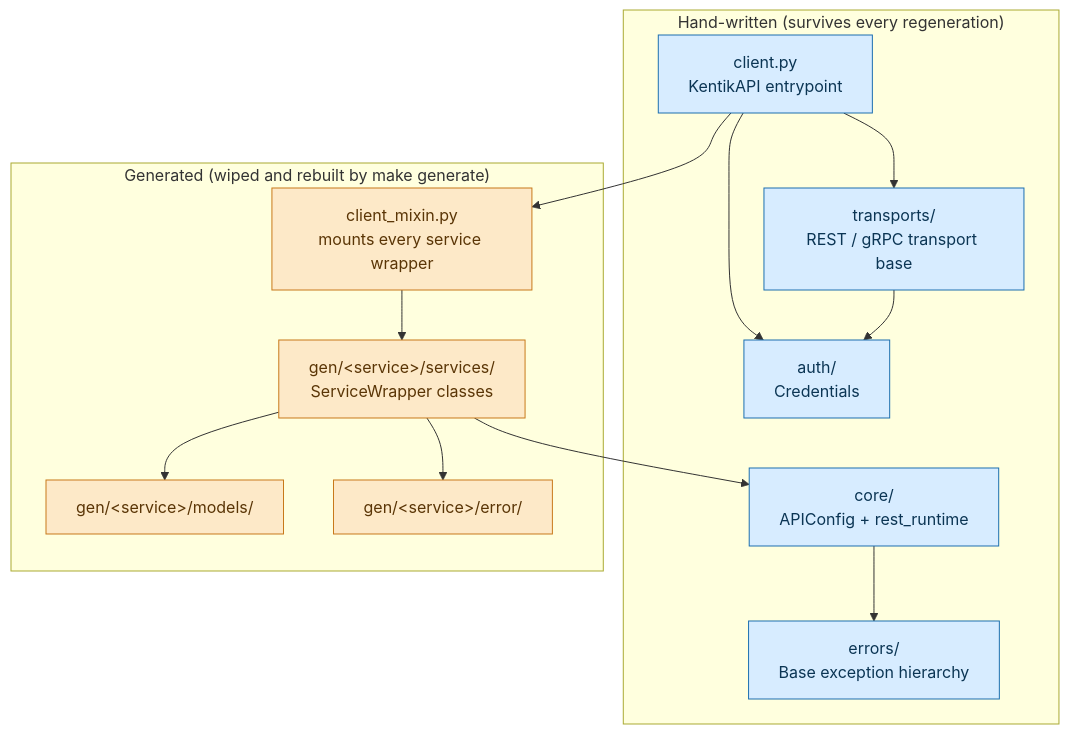
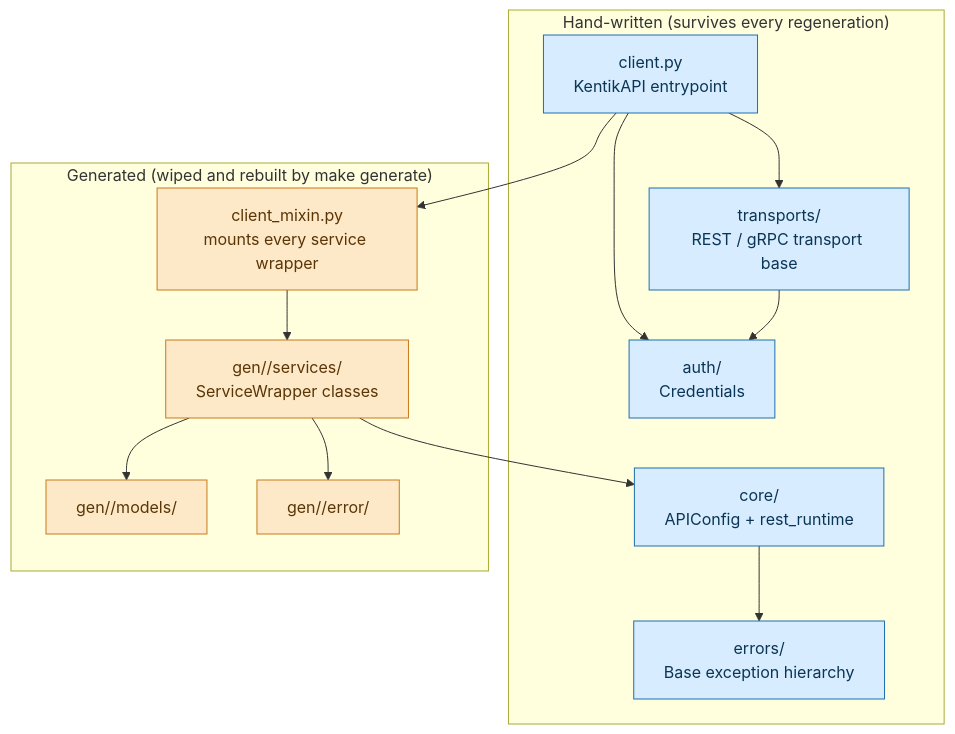
The diagram in README.md (alexdearaujo/community_sdk_python), drawn with Mermaid before and after one commit. The commit also changed other lines of this file and 1 other file, not shown here.

````diff
--- a/README.md
+++ b/README.md
@@ -21,33 +17,32 @@
 ```mermaid
 flowchart TB
     subgraph HW["Hand-written (survives every regeneration)"]
         Client["client.py<br/>KentikAPI entrypoint"]
         Auth["auth/<br/>Credentials"]
         Core["core/<br/>APIConfig + rest_runtime"]
         Errors["errors/<br/>Base exception hierarchy"]
         Transports["transports/<br/>REST / gRPC transport base"]
     end
 
     subgraph GEN["Generated (wiped and rebuilt by make generate)"]
         Mixin["client_mixin.py<br/>mounts every service wrapper"]
-        Wrappers["gen/&lt;service&gt;/services/<br/>ServiceWrapper classes"]
-        Models["gen/&lt;service&gt;/models/"]
-        GenErrors["gen/&lt;service&gt;/error/"]
+        Wrappers["gen/<service>/services/<br/>ServiceWrapper classes"]
+        Models["gen/<service>/models/"]
+        GenErrors["gen/<service>/error/"]
     end
 
     Client --> Mixin
     Client --> Auth
     Client --> Transports
     Mixin --> Wrappers
     Wrappers --> Models
     Wrappers --> Core
     Wrappers --> GenErrors
     Core --> Errors
     Transports --> Auth
 
     classDef handwritten fill:#d7ecff,stroke:#1c6fb0,color:#0b3554
     classDef generated fill:#fde9c8,stroke:#c8791a,color:#5a3506
     class Client,Auth,Core,Errors,Transports handwritten
     class Mixin,Wrappers,Models,GenErrors generated
-
 ```
````
